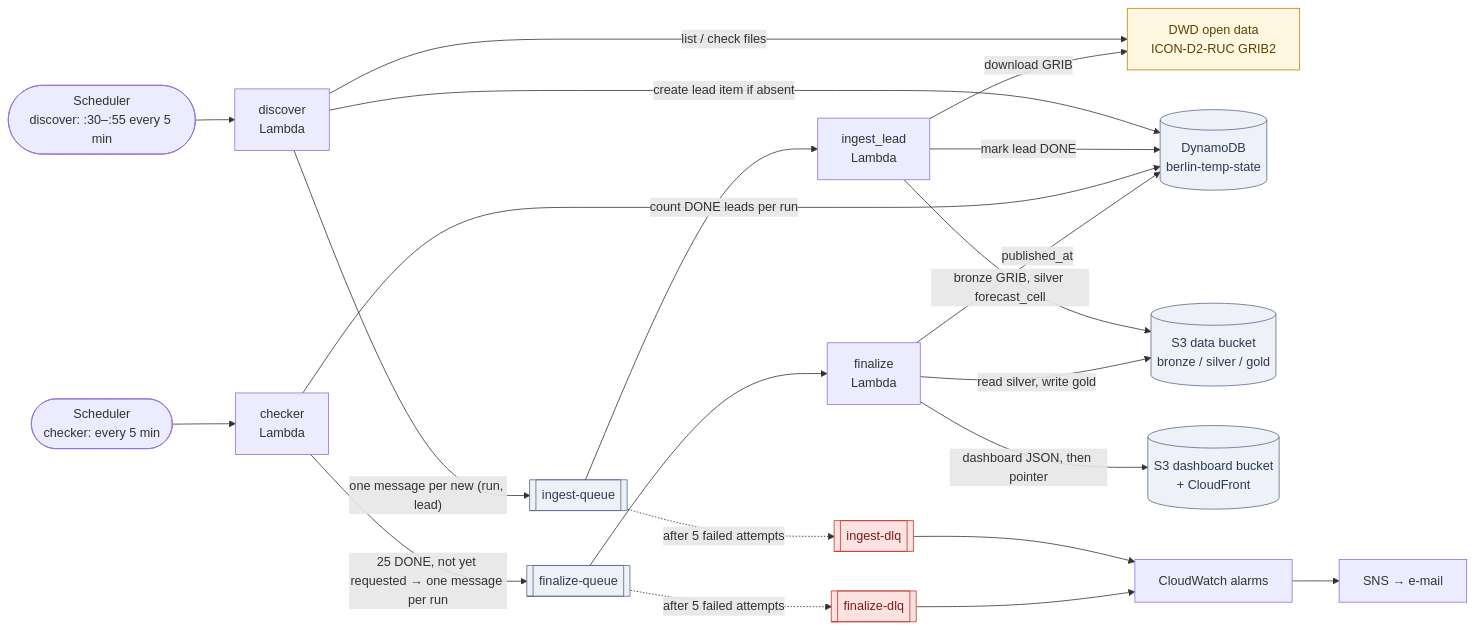
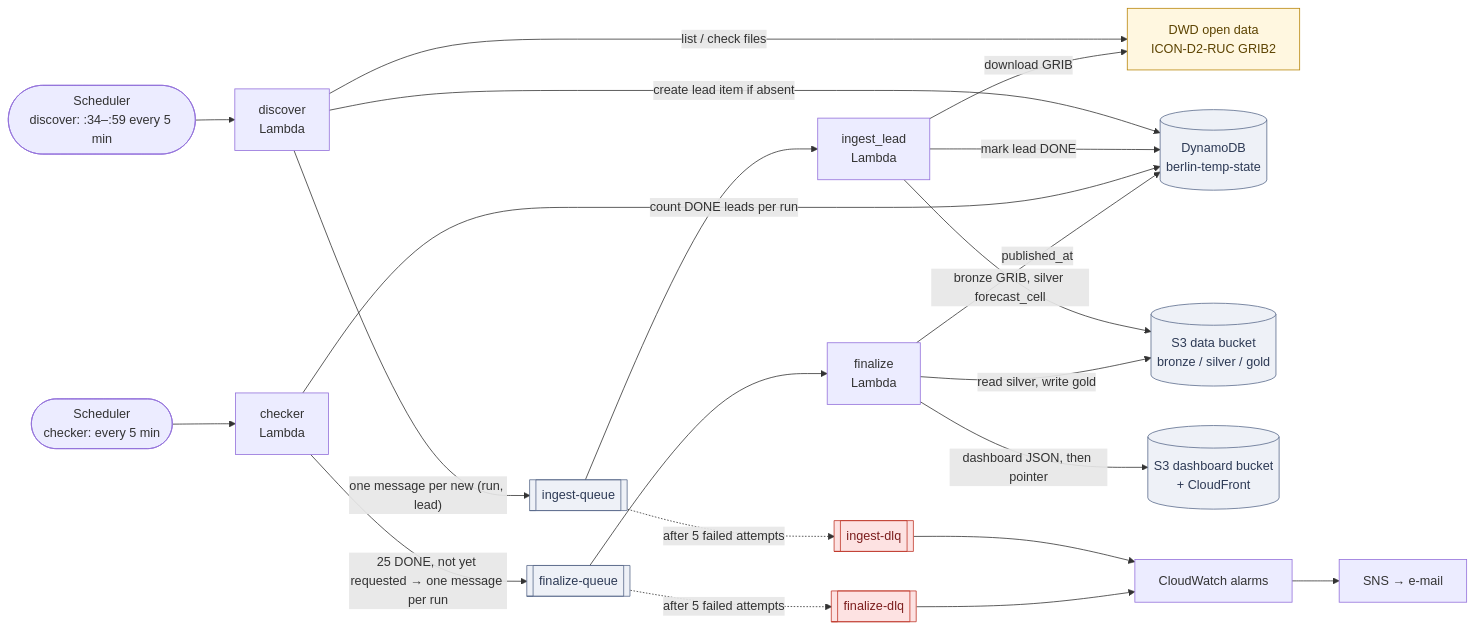
Before and after one commit to ohexel/berlin-temp-aws: the first of 3 diagrams in docs/orchestration-plan.md, drawn with Mermaid. The commit also changed other lines of this file and 5 other files, not shown here.

````diff
--- a/docs/orchestration-plan.md
+++ b/docs/orchestration-plan.md
@@ -34,44 +36,44 @@
 ```mermaid
 flowchart LR
     classDef store fill:#eef1f7,stroke:#5b6b8c,color:#2d3a55
     classDef fail fill:#fde2e2,stroke:#c0392b,color:#7b1d1d
     classDef ext fill:#fff7e0,stroke:#b8860b,color:#5c4300
 
     DWD["DWD open data<br/>ICON-D2-RUC GRIB2"]:::ext
-    SCHED1(["Scheduler<br/>discover: :30–:55 every 5 min"])
+    SCHED1(["Scheduler<br/>discover: :34–:59 every 5 min"])
     SCHED2(["Scheduler<br/>checker: every 5 min"])
     DISC["discover<br/>Lambda"]
     CHK["checker<br/>Lambda"]
     IQ[["ingest-queue"]]:::store
     ING["ingest_lead<br/>Lambda"]
     FQ[["finalize-queue"]]:::store
     FIN["finalize<br/>Lambda"]
     DDB[("DynamoDB<br/>berlin-temp-state")]:::store
     S3[("S3 data bucket<br/>bronze / silver / gold")]:::store
     WEB[("S3 dashboard bucket<br/>+ CloudFront")]:::store
     IDLQ[["ingest-dlq"]]:::fail
     FDLQ[["finalize-dlq"]]:::fail
     CW["CloudWatch alarms"]
     SNS["SNS → e-mail"]
 
     SCHED1 --> DISC
     DISC -- "list / check files" --> DWD
     DISC -- "create lead item if absent" --> DDB
     DISC -- "one message per new (run, lead)" --> IQ
     IQ --> ING
     ING -- "download GRIB" --> DWD
     ING -- "bronze GRIB, silver forecast_cell" --> S3
     ING -- "mark lead DONE" --> DDB
     SCHED2 --> CHK
     CHK -- "count DONE leads per run" --> DDB
     CHK -- "25 DONE, not yet requested → one message per run" --> FQ
     FQ --> FIN
     FIN -- "read silver, write gold" --> S3
     FIN -- "published_at" --> DDB
     FIN -- "dashboard JSON, then pointer" --> WEB
     IQ -. "after 5 failed attempts" .-> IDLQ
     FQ -. "after 5 failed attempts" .-> FDLQ
     IDLQ --> CW
     FDLQ --> CW
     CW --> SNS
 ```
````
